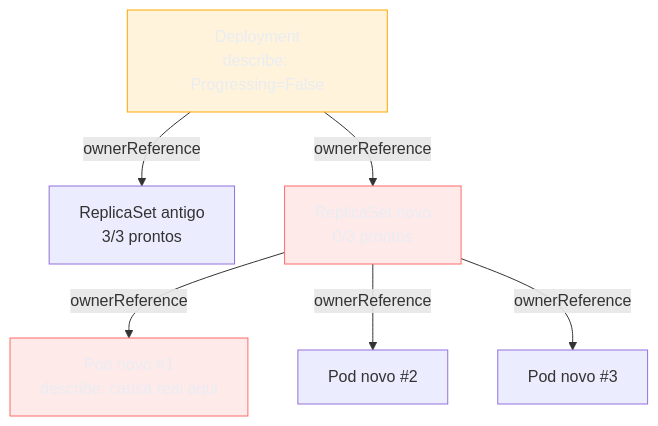
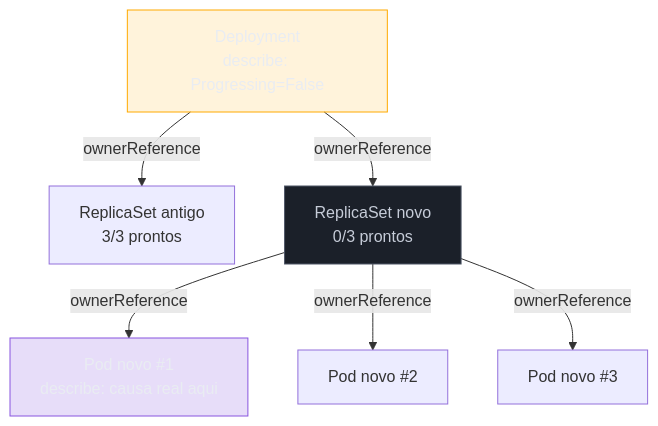
Before and after one commit to josenaldo/codex-technomanticus: the second of 3 diagrams in 03-Dominios/Tecnologia/Infraestrutura/Kubernetes/21 - Depurar um cluster.md, drawn with Mermaid. The commit also changed other lines of this file and 601 other files, not shown here.

````diff
--- a/03-Dominios/Tecnologia/Infraestrutura/Kubernetes/21 - Depurar um cluster.md
+++ b/03-Dominios/Tecnologia/Infraestrutura/Kubernetes/21 - Depurar um cluster.md
@@ -157,14 +157,15 @@
 ```mermaid
 graph TB
+    classDef marca fill:#8855DF33,stroke:#8855DF,color:#E9ECF2
+    classDef neutro fill:#1B2029,stroke:#4E5666,color:#C6CCD8
     classDef destaque fill:#FFAA0024,stroke:#FFAA00,color:#E9ECF2
-    classDef falha fill:#FF6B6B24,stroke:#FF6B6B,color:#E9ECF2
     D["Deployment<br/>describe: Progressing=False"] -->|"ownerReference"| RS1["ReplicaSet antigo<br/>3/3 prontos"]
     D -->|"ownerReference"| RS2["ReplicaSet novo<br/>0/3 prontos"]
     RS2 -->|"ownerReference"| P1["Pod novo #1<br/>describe: causa real aqui"]
     RS2 -->|"ownerReference"| P2["Pod novo #2"]
     RS2 -->|"ownerReference"| P3["Pod novo #3"]
 
     class D destaque
-    class RS2 falha
-    class P1 falha
+    class RS2 neutro
+    class P1 marca
 ```
````
